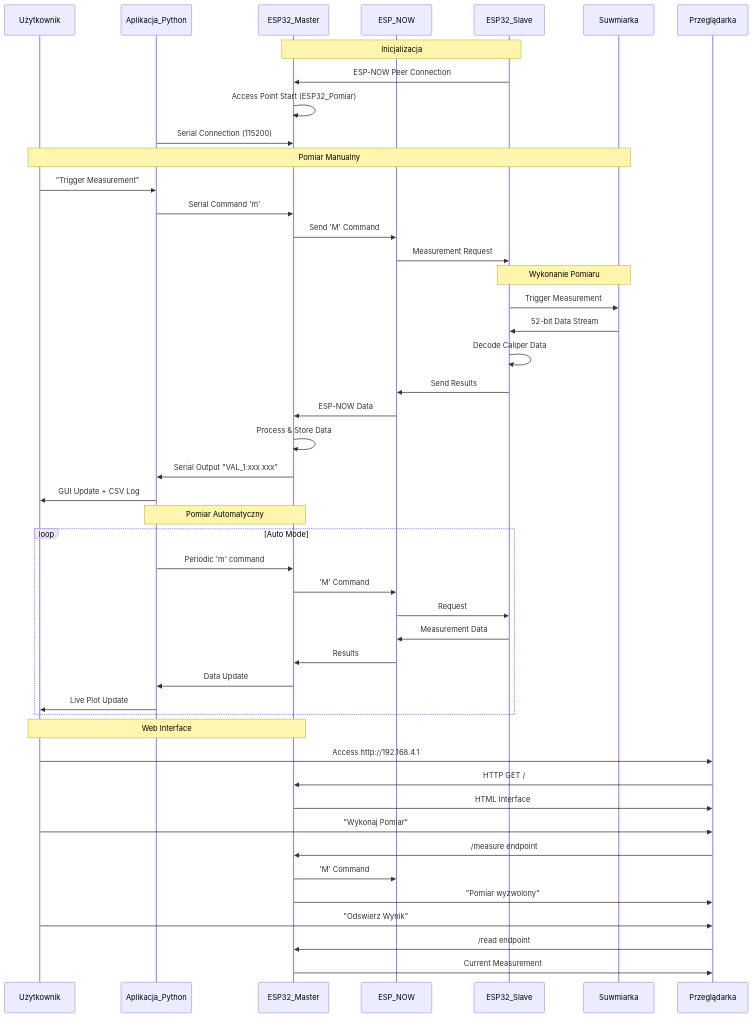
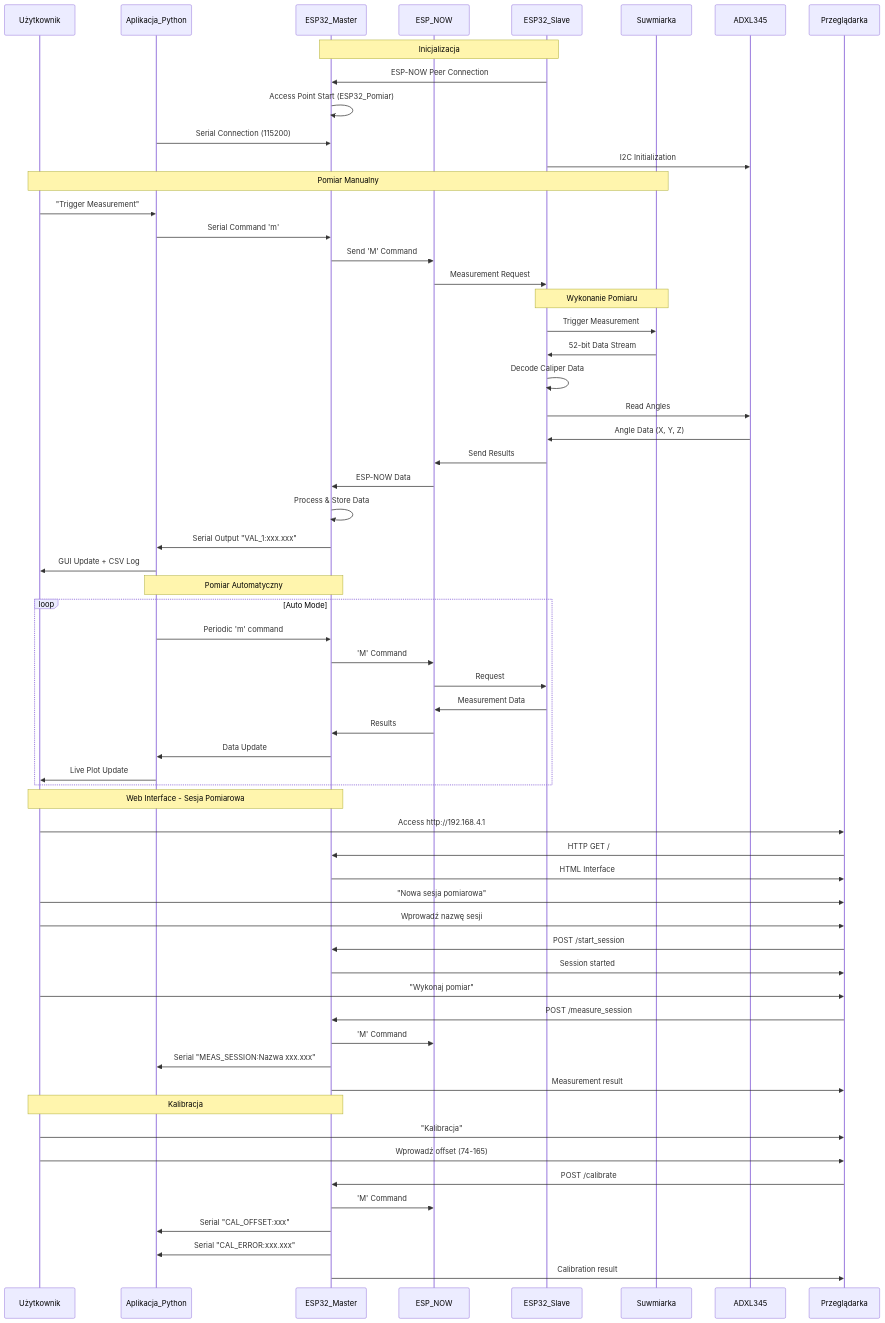
One commit to ciupakt/caliper changed the second of 3 diagrams in README.md. Above: the diagram before and after it, drawn with Mermaid. The commit also changed other lines of this file, not shown here.

````diff
--- a/README.md
+++ b/README.md
@@ -67,53 +231,68 @@
 ```mermaid
 sequenceDiagram
     participant Użytkownik
     participant Aplikacja_Python
     participant ESP32_Master
     participant ESP_NOW
     participant ESP32_Slave
     participant Suwmiarka
+    participant ADXL345
 
     Note over ESP32_Slave,ESP32_Master: Inicjalizacja
     ESP32_Slave->>ESP32_Master: ESP-NOW Peer Connection
     ESP32_Master->>ESP32_Master: Access Point Start (ESP32_Pomiar)
     Aplikacja_Python->>ESP32_Master: Serial Connection (115200)
+    ESP32_Slave->>ADXL345: I2C Initialization
 
     Note over Użytkownik,Suwmiarka: Pomiar Manualny
     Użytkownik->>Aplikacja_Python: "Trigger Measurement"
     Aplikacja_Python->>ESP32_Master: Serial Command 'm'
     ESP32_Master->>ESP_NOW: Send 'M' Command
     ESP_NOW->>ESP32_Slave: Measurement Request
 
     Note over ESP32_Slave,Suwmiarka: Wykonanie Pomiaru
     ESP32_Slave->>Suwmiarka: Trigger Measurement
     Suwmiarka->>ESP32_Slave: 52-bit Data Stream
     ESP32_Slave->>ESP32_Slave: Decode Caliper Data
+    ESP32_Slave->>ADXL345: Read Angles
+    ADXL345->>ESP32_Slave: Angle Data (X, Y, Z)
     ESP32_Slave->>ESP_NOW: Send Results
     ESP_NOW->>ESP32_Master: ESP-NOW Data
     ESP32_Master->>ESP32_Master: Process & Store Data
     ESP32_Master->>Aplikacja_Python: Serial Output "VAL_1:xxx.xxx"
     Aplikacja_Python->>Użytkownik: GUI Update + CSV Log
 
     Note over Aplikacja_Python,ESP32_Master: Pomiar Automatyczny
     loop Auto Mode
         Aplikacja_Python->>ESP32_Master: Periodic 'm' command
         ESP32_Master->>ESP_NOW: 'M' Command
         ESP_NOW->>ESP32_Slave: Request
         ESP32_Slave->>ESP_NOW: Measurement Data
         ESP_NOW->>ESP32_Master: Results
         ESP32_Master->>Aplikacja_Python: Data Update
         Aplikacja_Python->>Użytkownik: Live Plot Update
     end
 
-    Note over Użytkownik,ESP32_Master: Web Interface
+    Note over Użytkownik,ESP32_Master: Web Interface - Sesja Pomiarowa
     Użytkownik->>Przeglądarka: Access http://192.168.4.1
     Przeglądarka->>ESP32_Master: HTTP GET /
     ESP32_Master->>Przeglądarka: HTML Interface
-    Użytkownik->>Przeglądarka: "Wykonaj Pomiar"
-    Przeglądarka->>ESP32_Master: /measure endpoint
+    Użytkownik->>Przeglądarka: "Nowa sesja pomiarowa"
+    Użytkownik->>Przeglądarka: Wprowadź nazwę sesji
+    Przeglądarka->>ESP32_Master: POST /start_session
+    ESP32_Master->>Przeglądarka: Session started
+    Użytkownik->>Przeglądarka: "Wykonaj pomiar"
+    Przeglądarka->>ESP32_Master: POST /measure_session
     ESP32_Master->>ESP_NOW: 'M' Command
-    ESP32_Master->>Przeglądarka: "Pomiar wyzwolony"
-    Użytkownik->>Przeglądarka: "Odswierz Wynik"
-    Przeglądarka->>ESP32_Master: /read endpoint
-    ESP32_Master->>Przeglądarka: Current Measurement
+    ESP32_Master->>Aplikacja_Python: Serial "MEAS_SESSION:Nazwa xxx.xxx"
+    ESP32_Master->>Przeglądarka: Measurement result
+
+    Note over Użytkownik,ESP32_Master: Kalibracja
+    Użytkownik->>Przeglądarka: "Kalibracja"
+    Użytkownik->>Przeglądarka: Wprowadź offset (74-165)
+    Przeglądarka->>ESP32_Master: POST /calibrate
+    ESP32_Master->>ESP_NOW: 'M' Command
+    ESP32_Master->>Aplikacja_Python: Serial "CAL_OFFSET:xxx"
+    ESP32_Master->>Aplikacja_Python: Serial "CAL_ERROR:xxx.xxx"
+    ESP32_Master->>Przeglądarka: Calibration result
 ```
````
